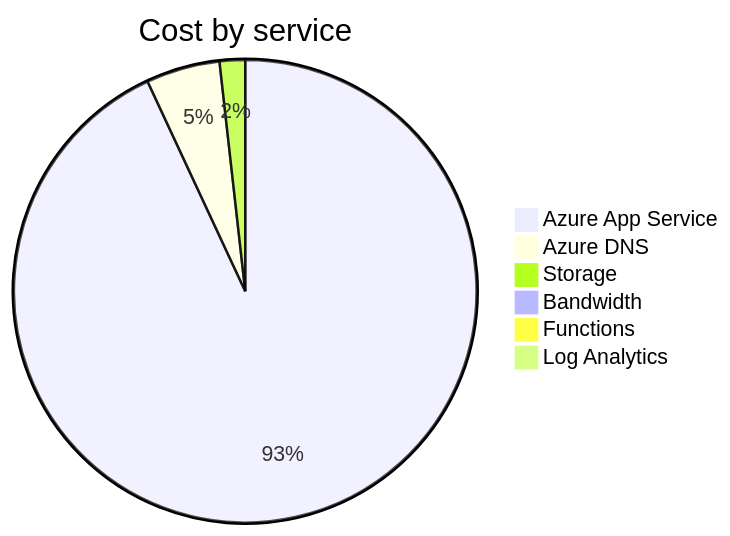
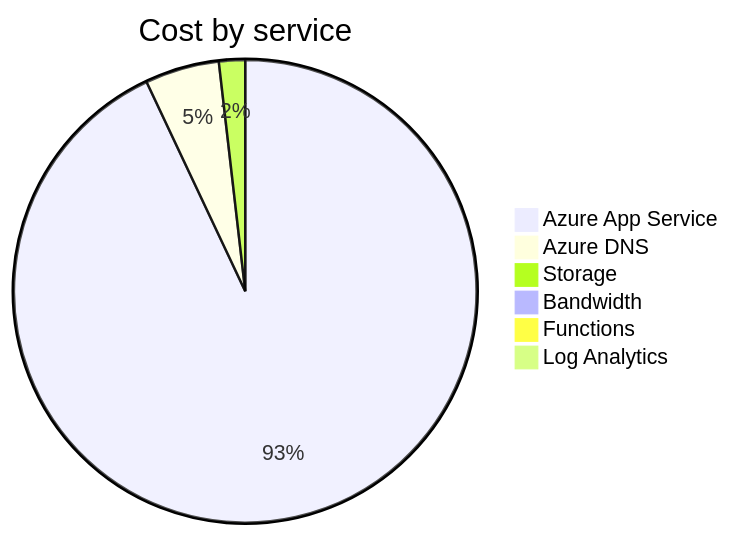
The second of 4 diagrams in cost-reports/accumulated-cost.md (jpfulton/azure-personal-reports), drawn with Mermaid before and after one commit. The commit also changed other lines of this file and 4 other files, not shown here.

````diff
--- a/cost-reports/accumulated-cost.md
+++ b/cost-reports/accumulated-cost.md
@@ -100,10 +100,10 @@
 ```mermaid
 pie
    title Cost by service
-   "Azure App Service" : 15.16
-   "Azure DNS" : 0.84
-   "Storage" : 0.29
+   "Azure App Service" : 15.78
+   "Azure DNS" : 0.88
+   "Storage" : 0.31
    "Bandwidth" : 0.00
    "Functions" : 0.00
    "Log Analytics" : 0.00
 ```
````
